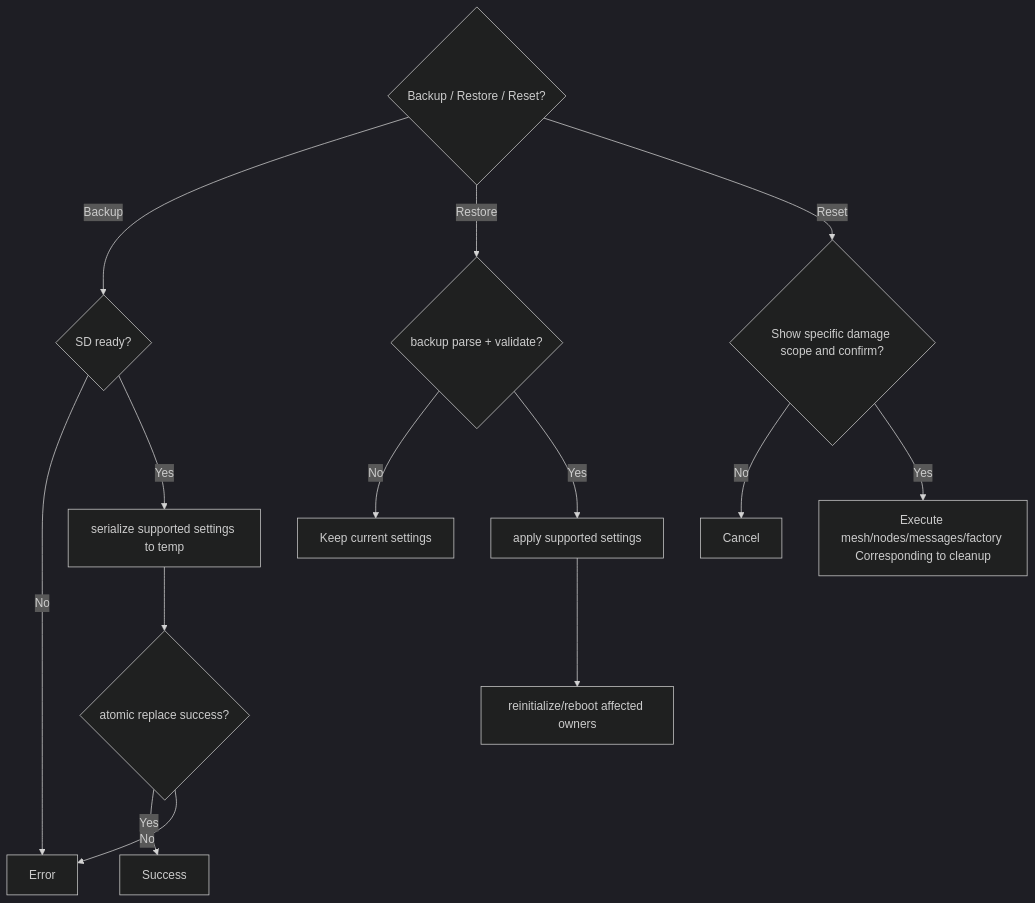
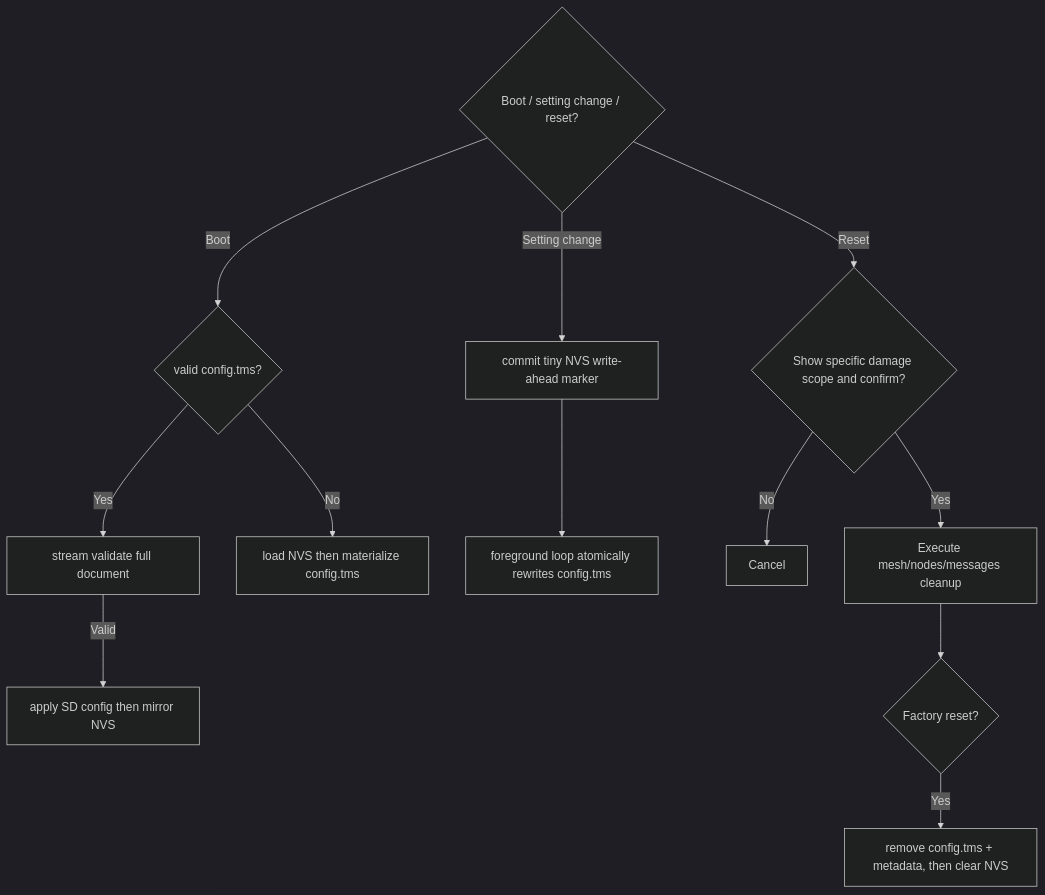
One commit to manmuqingshan/trail-mate changed the diagram in docs/design/use-case-diagrams/backup-restore-settings/activity.md. Above: the diagram before and after it, drawn with Mermaid (dark theme). The commit also changed other lines of this file and 44 other files, not shown here.

````diff
--- a/docs/design/use-case-diagrams/backup-restore-settings/activity.md
+++ b/docs/design/use-case-diagrams/backup-restore-settings/activity.md
@@ -2,17 +2,15 @@
 ```mermaid
 flowchart TD
-  Intent{"Backup / Restore / Reset?"}
-  Intent -- Backup --> SD{"SD ready?"}
- SD -- No --> Error
- SD -- Yes --> Temp["serialize supported settings to temp"]
-  Temp --> Atomic{"atomic replace success?"}
- Atomic -- Yes --> Success
- Atomic -- No --> Error
-  Intent -- Restore --> Parse{"backup parse + validate?"}
- Parse -- No --> Keep["Keep current settings"]
- Parse -- Yes --> Apply["apply supported settings"]
-  Apply --> Reinit["reinitialize/reboot affected owners"]
- Intent -- Reset --> Confirm{"Show specific damage scope and confirm?"}
+  Boot{"Boot / setting change / reset?"}
+  Boot -- Boot --> SD{"valid config.tms?"}
+  SD -- Yes --> Validate["stream validate full document"]
+  Validate -- Valid --> Apply["apply SD config then mirror NVS"]
+  SD -- No --> NVS["load NVS then materialize config.tms"]
+  Boot -- Setting change --> Marker["commit tiny NVS write-ahead marker"]
+  Marker --> Flush["foreground loop atomically rewrites config.tms"]
+  Boot -- Reset --> Confirm{"Show specific damage scope and confirm?"}
  Confirm -- No --> Cancel
- Confirm -- Yes --> Scoped["Execute mesh/nodes/messages/factory Corresponding to cleanup"]
+ Confirm -- Yes --> Scoped["Execute mesh/nodes/messages cleanup"]
+ Scoped --> Factory{"Factory reset?"}
+ Factory -- Yes --> Remove["remove config.tms + metadata, then clear NVS"]
 ```
````
